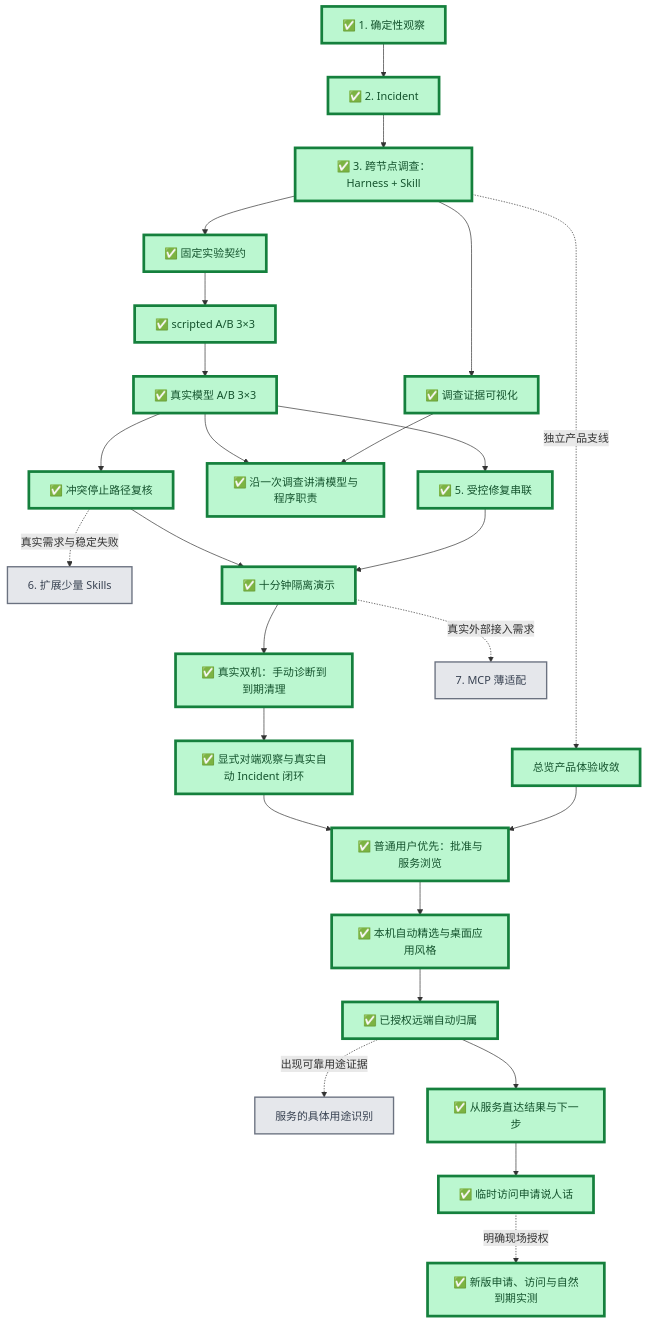
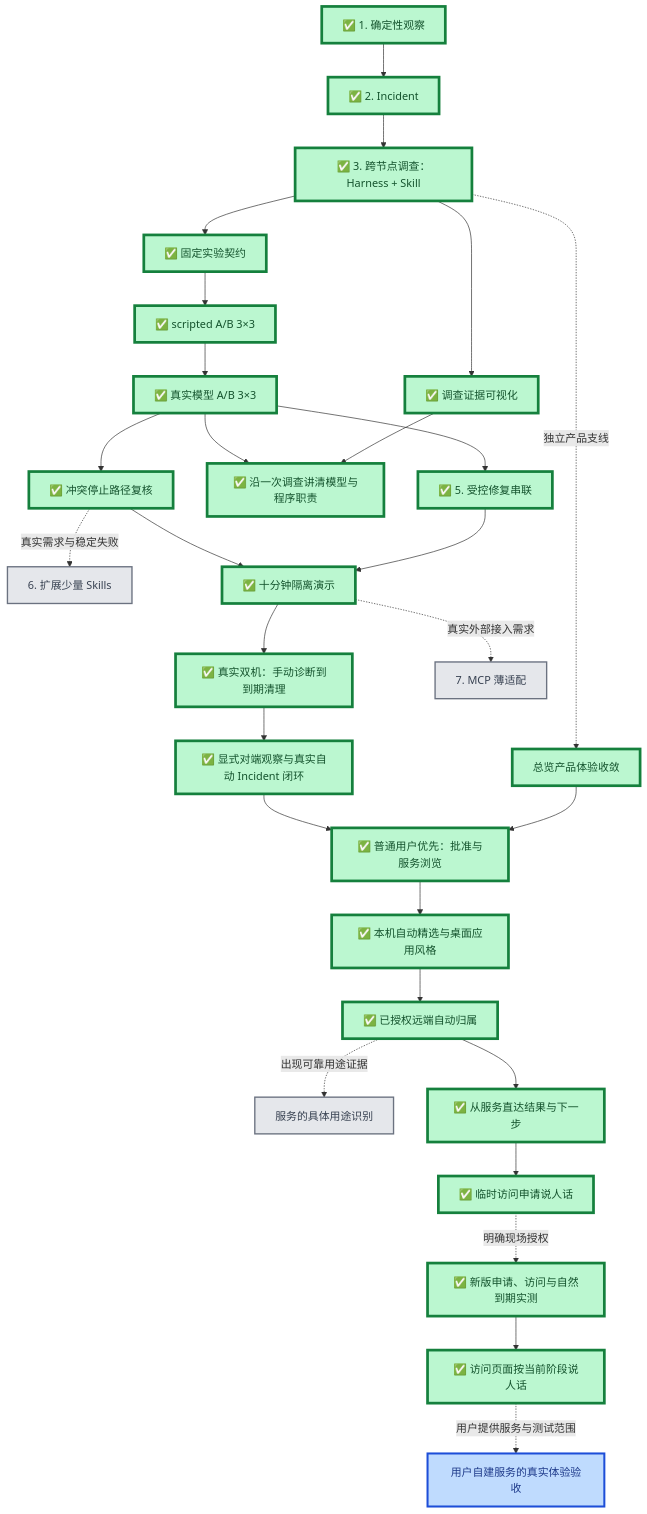
The first of 2 diagrams in docs/project/roadmap.md (Sugarfarmeriod/TunnelMinion), drawn with Mermaid before and after one commit. The commit also changed other lines of this file and 6 other files, not shown here.

````diff
--- a/docs/project/roadmap.md
+++ b/docs/project/roadmap.md
@@ -8,48 +8,52 @@
 ```mermaid
 flowchart TB
     A["✅ 1. 确定性观察"] --> B["✅ 2. Incident"]
     B --> C["✅ 3. 跨节点调查：Harness + Skill"]
 
     C --> D1["✅ 固定实验契约"]
     D1 --> D2["✅ scripted A/B 3×3"]
     D2 --> D3["✅ 真实模型 A/B 3×3"]
 
     D3 --> E["✅ 5. 受控修复串联"]
     C --> V["✅ 调查证据可视化"]
     V --> W["✅ 沿一次调查讲清模型与程序职责"]
     D3 --> W
     D3 --> F["✅ 冲突停止路径复核"]
     F -.真实需求与稳定失败.-> K["6. 扩展少量 Skills"]
     E --> H["✅ 十分钟隔离演示"]
     F --> H
     H --> R["✅ 真实双机：手动诊断到到期清理"]
     R --> I["✅ 显式对端观察与真实自动 Incident 闭环"]
     H -.真实外部接入需求.-> G["7. MCP 薄适配"]
 
     C -.独立产品支线.-> U["总览产品体验收敛"]
     U --> P["✅ 普通用户优先：批准与服务浏览"]
     I --> P
     P --> Q["✅ 本机自动精选与桌面应用风格"]
     Q --> Q2["✅ 已授权远端自动归属"]
     Q2 -.出现可靠用途证据.-> Q3["服务的具体用途识别"]
     Q2 --> Q4["✅ 从服务直达结果与下一步"]
     Q4 --> Q5["✅ 临时访问申请说人话"]
     Q5 -.明确现场授权.-> Q6["✅ 新版申请、访问与自然到期实测"]
+    Q6 --> Q7["✅ 访问页面按当前阶段说人话"]
+    Q7 -.用户提供服务与测试范围.-> Q8["用户自建服务的真实体验验收"]
 
     classDef done fill:#bbf7d0,stroke:#15803d,stroke-width:4px,color:#14532d;
     classDef current fill:#fde68a,stroke:#b45309,stroke-width:5px,color:#78350f;
     classDef next fill:#bfdbfe,stroke:#1d4ed8,stroke-width:3px,color:#1e3a8a;
     classDef later fill:#e5e7eb,stroke:#6b7280,stroke-width:2px,color:#374151;
     class A,B,C,D1,D2,D3,E,F,H,R,V done;
     class U done;
     class W done;
     class I done;
     class G,K later;
     class P done;
     class Q done;
     class Q2 done;
     class Q3 later;
     class Q4 done;
     class Q5 done;
     class Q6 done;
+    class Q7 done;
+    class Q8 next;
 ```
````
